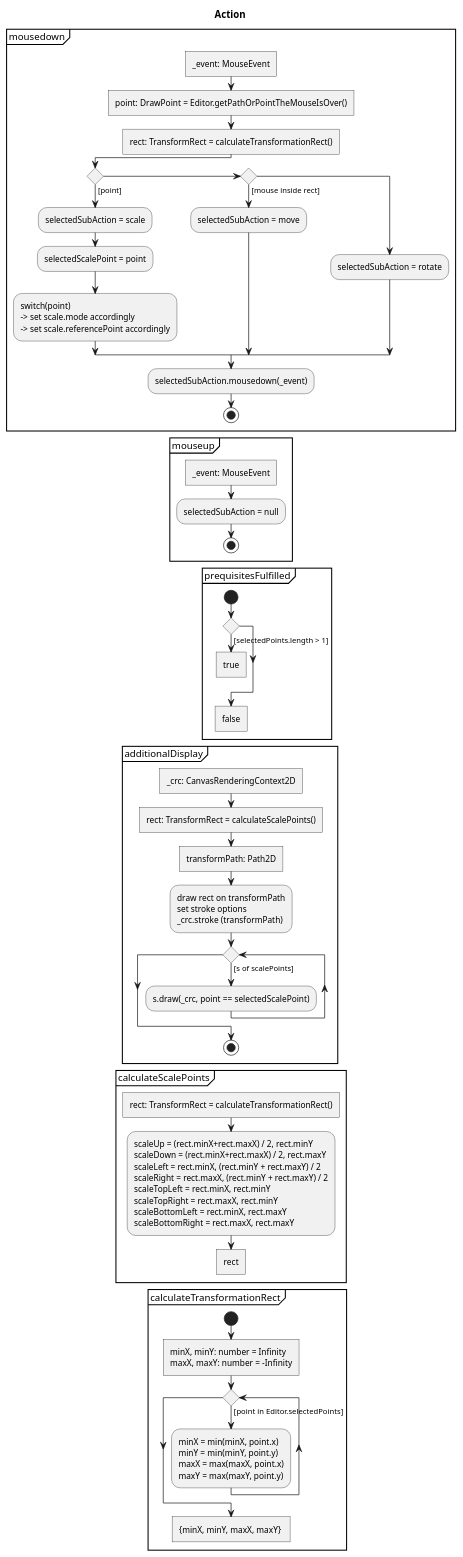
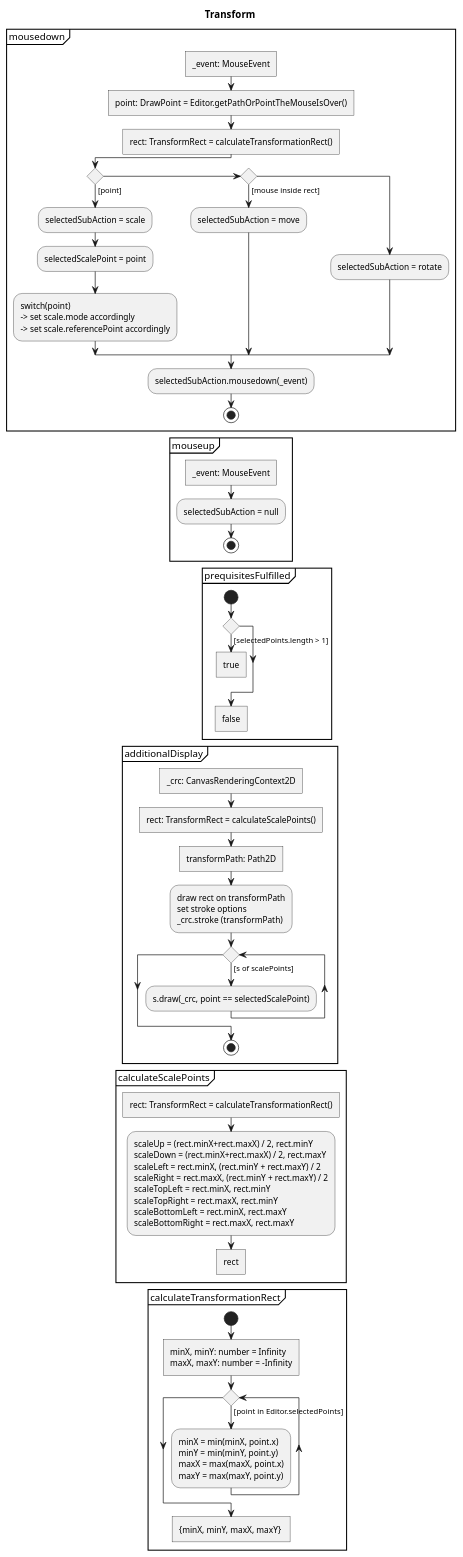
Before and after one commit to JirkaDellOro/FUDGE: the diagram in Experiments/Lukas/VectorEditor/concept/Activities/Actions/Transform.puml, drawn with PlantUML. The commit also changed 4 other files, not shown here.

```diff
--- a/Experiments/Lukas/VectorEditor/concept/Activities/Actions/Transform.puml
+++ b/Experiments/Lukas/VectorEditor/concept/Activities/Actions/Transform.puml
@@ -1,87 +1,87 @@
-@startuml Action
+@startuml Transform
 skinparam monochrome true
 
-title Action
+title Transform
 
 partition mousedown {
 	:_event: MouseEvent]
 	:point: DrawPoint = Editor.getPathOrPointTheMouseIsOver()]
 	:rect: TransformRect = calculateTransformationRect()]
 	if () then ([point])
 		:selectedSubAction = scale;
 		:selectedScalePoint = point;
 		:switch(point)
 		-> set scale.mode accordingly
 		-> set scale.referencePoint accordingly;
 	elseif () then ([mouse inside rect])
 		:selectedSubAction = move;
 	else
 		:selectedSubAction = rotate;
 	endif
 	:selectedSubAction.mousedown(_event);
 	stop
 }
 
 ' partition mousemove {
 ' 	:_event: MouseEvent]
 ' 	stop
 ' }
 
 partition mouseup {
 	:_event: MouseEvent]
 	:selectedSubAction = null;
 	stop
 }
 
 partition prequisitesFulfilled {
 	start
 	if() then([selectedPoints.length > 1])
 		:true]
 		detach
 	endif
 	:false]
 	detach
 }
 
 
 partition additionalDisplay {
 	:_crc: CanvasRenderingContext2D]
 	:rect: TransformRect = calculateScalePoints()]
 	:transformPath: Path2D]
 	:draw rect on transformPath
 	set stroke options
 	_crc.stroke (transformPath);
 	while() is ([s of scalePoints])
 		:s.draw(_crc, point == selectedScalePoint);
 	endwhile
 	stop
 }
 
 partition calculateScalePoints {
 	:rect: TransformRect = calculateTransformationRect()]
 	:scaleUp = (rect.minX+rect.maxX) / 2, rect.minY
 	scaleDown = (rect.minX+rect.maxX) / 2, rect.maxY
 	scaleLeft = rect.minX, (rect.minY + rect.maxY) / 2
 	scaleRight = rect.maxX, (rect.minY + rect.maxY) / 2
 	scaleTopLeft = rect.minX, rect.minY
 	scaleTopRight = rect.maxX, rect.minY
 	scaleBottomLeft = rect.minX, rect.maxY
 	scaleBottomRight = rect.maxX, rect.maxY;
 	:rect]
 	detach
 }
 
 partition calculateTransformationRect {
 	start
 	:minX, minY: number = Infinity 
 	maxX, maxY: number = -Infinity]
 	while() is ([point in Editor.selectedPoints])
 		:minX = min(minX, point.x)
 		minY = min(minY, point.y)
 		maxX = max(maxX, point.x)
 		maxY = max(maxY, point.y);
 	endwhile
 	:{minX, minY, maxX, maxY} ]
 }
 
 @enduml
```
